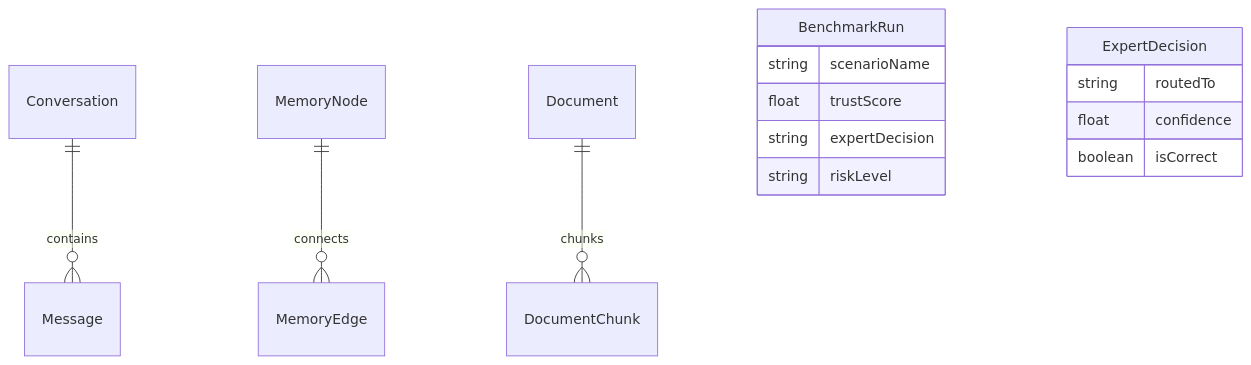
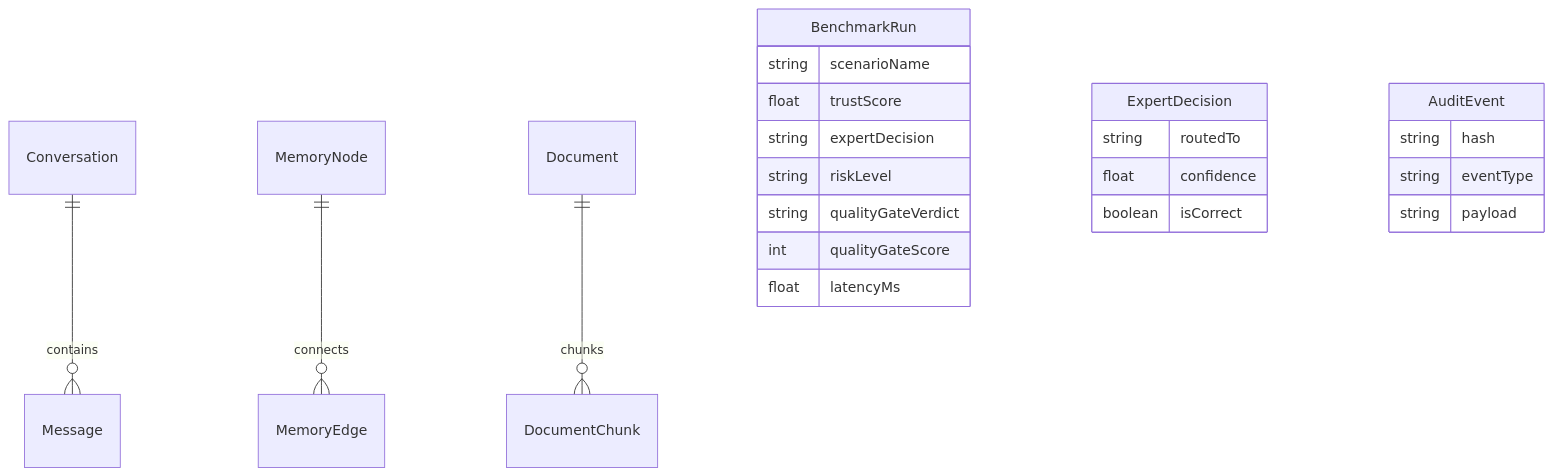
Before and after one commit to sakipfikrret/OmniEngine: the second of 3 diagrams in WHITEPAPER.md, drawn with Mermaid. The commit also changed other lines of this file and 2 other files, not shown here.

````diff
--- a/WHITEPAPER.md
+++ b/WHITEPAPER.md
@@ -96,17 +281,25 @@
 ```mermaid
 erDiagram
   Conversation ||--o{ Message : contains
   MemoryNode ||--o{ MemoryEdge : connects
   Document ||--o{ DocumentChunk : chunks
   BenchmarkRun {
     string scenarioName
     float trustScore
     string expertDecision
     string riskLevel
+    string qualityGateVerdict
+    int qualityGateScore
+    float latencyMs
   }
   ExpertDecision {
     string routedTo
     float confidence
     boolean isCorrect
   }
+  AuditEvent {
+    string hash
+    string eventType
+    string payload
+  }
 ```
````
